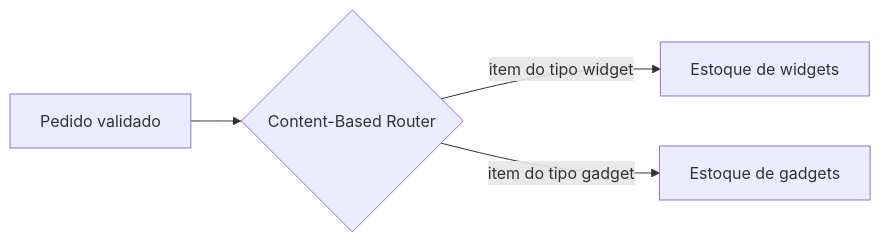
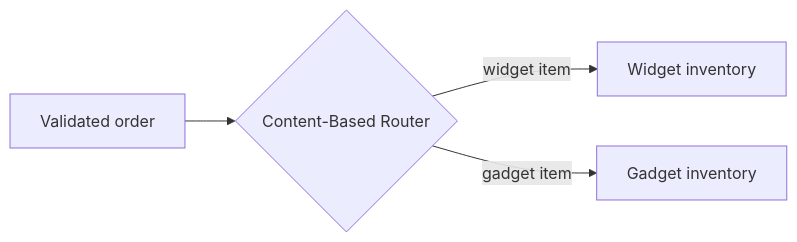
One commit to alancesar/design-patterns changed the diagram in docs/architecture/eip/message-routing/content-based-router.md. Above: the diagram before and after it, drawn with Mermaid. The commit also changed 258 other files, not shown here.

First line of the commit message:
Translate Mermaid diagrams to English

````diff
--- a/docs/architecture/eip/message-routing/content-based-router.md
+++ b/docs/architecture/eip/message-routing/content-based-router.md
@@ -53,6 +53,6 @@
 ```mermaid
 flowchart LR
-    P["Pedido validado"] --> R{"Content-Based Router"}
-    R -->|"item do tipo widget"| W["Estoque de widgets"]
-    R -->|"item do tipo gadget"| G["Estoque de gadgets"]
+    P["Validated order"] --> R{"Content-Based Router"}
+    R -->|"widget item"| W["Widget inventory"]
+    R -->|"gadget item"| G["Gadget inventory"]
 ```
````
